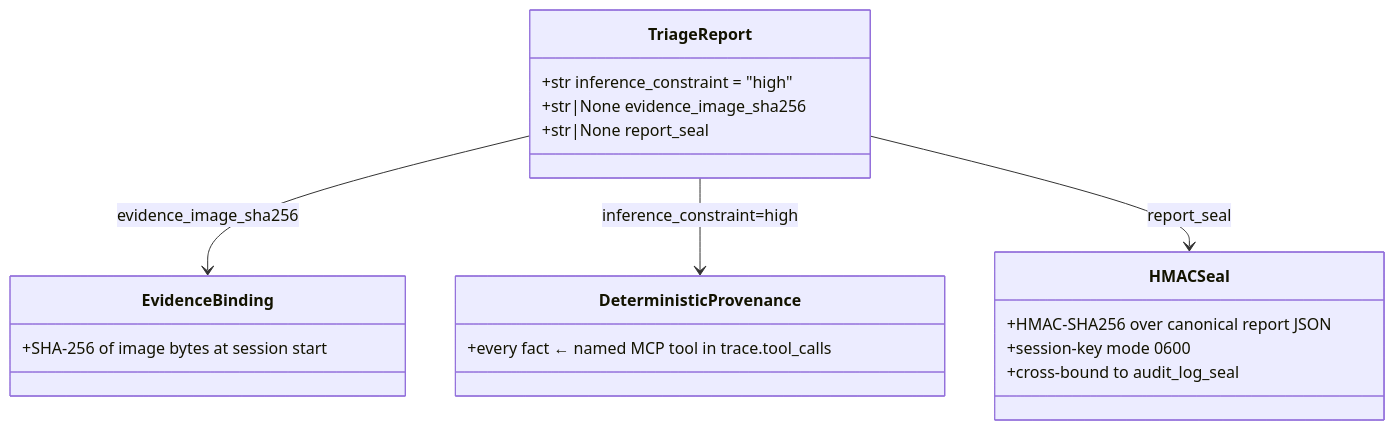
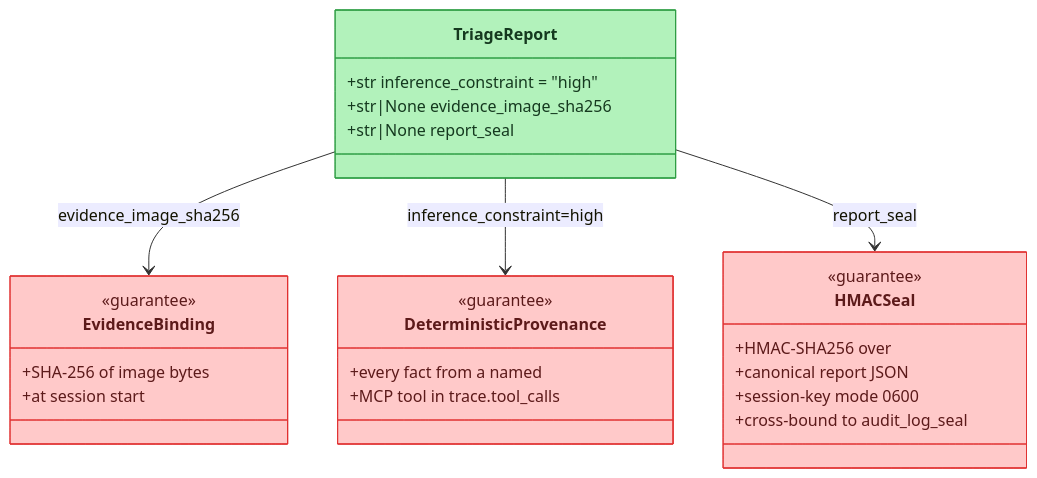
Before and after one commit to galvangabriel-web/agentropix-mcp: the sixth of 6 diagrams in docs/03-data/data-models.md, drawn with Mermaid. The commit also changed other lines of this file and 20 other files, not shown here.

First line of the commit message:
Diagram readability pass (workflow): redesign diagrams for size/clarity + audit log

````diff
--- a/docs/03-data/data-models.md
+++ b/docs/03-data/data-models.md
@@ -331,22 +336,33 @@
 ```mermaid
 classDiagram
     class TriageReport {
         +str inference_constraint = "high"
         +str|None evidence_image_sha256
         +str|None report_seal
     }
     class EvidenceBinding {
-        +SHA-256 of image bytes at session start
+        <<guarantee>>
+        +SHA-256 of image bytes
+        +at session start
     }
     class DeterministicProvenance {
-        +every fact ← named MCP tool in trace.tool_calls
+        <<guarantee>>
+        +every fact from a named
+        +MCP tool in trace.tool_calls
     }
     class HMACSeal {
-        +HMAC-SHA256 over canonical report JSON
+        <<guarantee>>
+        +HMAC-SHA256 over
+        +canonical report JSON
         +session-key mode 0600
         +cross-bound to audit_log_seal
     }
     TriageReport --> EvidenceBinding : evidence_image_sha256
     TriageReport --> DeterministicProvenance : inference_constraint=high
     TriageReport --> HMACSeal : report_seal
+
+    cssClass "TriageReport" anchorNode
+    cssClass "EvidenceBinding,DeterministicProvenance,HMACSeal" govNode
+    classDef anchorNode fill:#b2f2bb,stroke:#2f9e44,color:#15391f
+    classDef govNode fill:#ffc9c9,stroke:#e03131,color:#5c1a1a
 ```
````
